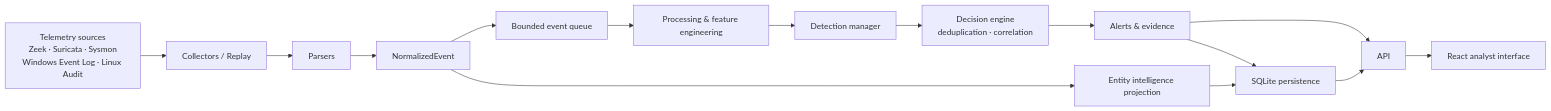
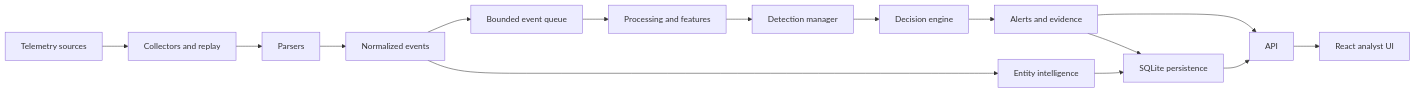
The diagram in README.md (HarshilBhuva/ArgusProwl), drawn with Mermaid before and after one commit.

Commit message:
docs: simplify Mermaid labels for GitHub rendering

````diff
--- a/README.md
+++ b/README.md
@@ -65,17 +65,17 @@
 ```mermaid
 flowchart LR
-    A["Telemetry sources<br/>Zeek · Suricata · Sysmon<br/>Windows Event Log · Linux Audit"] --> B["Collectors / Replay"]
+    A["Telemetry sources"] --> B["Collectors and replay"]
     B --> C["Parsers"]
-    C --> D["NormalizedEvent"]
+    C --> D["Normalized events"]
     D --> E["Bounded event queue"]
-    E --> F["Processing & feature engineering"]
+    E --> F["Processing and features"]
     F --> G["Detection manager"]
-    G --> H["Decision engine<br/>deduplication · correlation"]
-    H --> I["Alerts & evidence"]
+    G --> H["Decision engine"]
+    H --> I["Alerts and evidence"]
     I --> J["SQLite persistence"]
     I --> K["API"]
     J --> K
-    K --> L["React analyst interface"]
-    D --> M["Entity intelligence projection"]
+    K --> L["React analyst UI"]
+    D --> M["Entity intelligence"]
     M --> J
 ```
````
